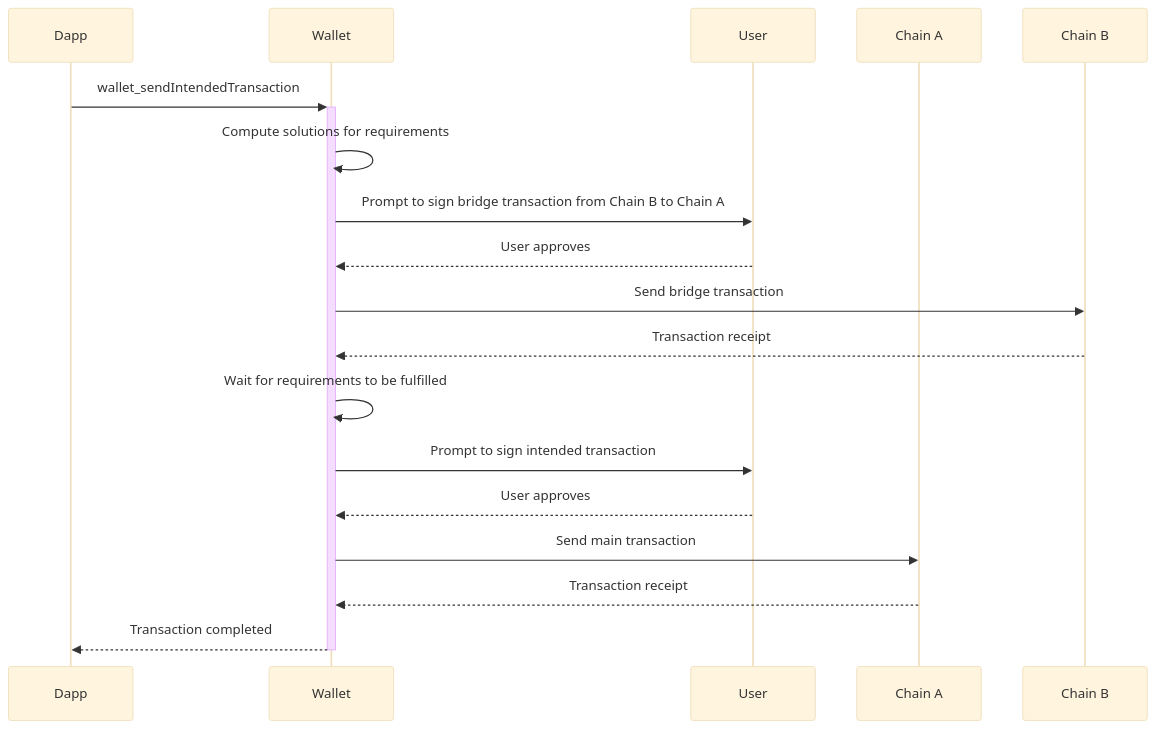
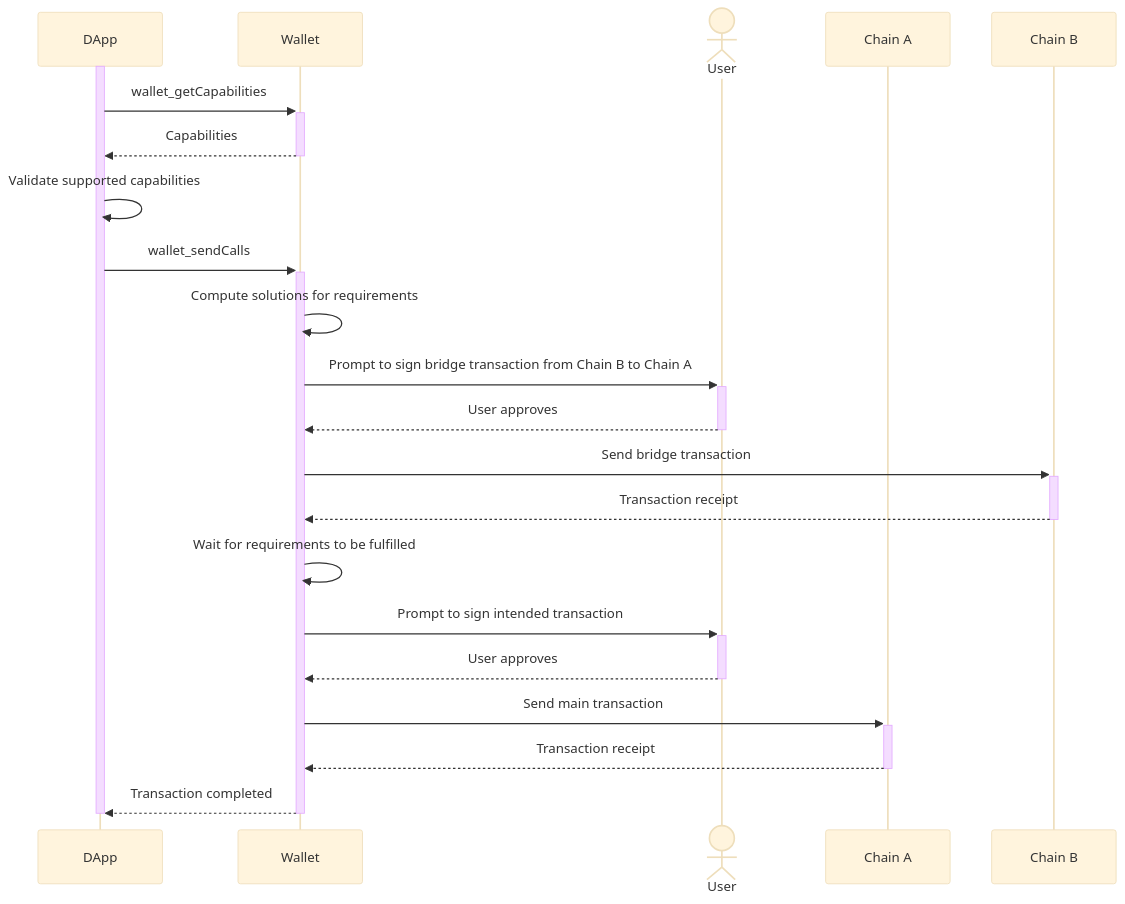
Before and after one commit to ethereum/ERCs: the first of 2 diagrams in ERCS/erc-7795.md, drawn with Mermaid (base theme). The commit also changed other lines of this file, not shown here.

````diff
--- a/ERCS/erc-7795.md
+++ b/ERCS/erc-7795.md
@@ -504,20 +513,25 @@
 ```mermaid
 sequenceDiagram
-    participant D as Dapp
+    participant D as DApp
     participant W as Wallet
-    participant U as User
+    actor U as User
     participant CA as Chain A
     participant CB as Chain B
-    D->>+W: wallet_sendIntendedTransaction
+    activate D
+    D->>+W: wallet_getCapabilities
+    W-->>-D: Capabilities
+    D->>D: Validate supported capabilities
+    D->>+W: wallet_sendCalls
     W->>W: Compute solutions for requirements
-    W->>U: Prompt to sign bridge transaction from Chain B to Chain A
-    U-->>W: User approves
-    W->>CB: Send bridge transaction
-    CB-->>W: Transaction receipt
+    W->>+U: Prompt to sign bridge transaction from Chain B to Chain A
+    U-->>-W: User approves
+    W->>+CB: Send bridge transaction
+    CB-->>-W: Transaction receipt
     W->>W: Wait for requirements to be fulfilled
-    W->>U: Prompt to sign intended transaction
-    U-->>W: User approves
-    W->>CA: Send main transaction
-    CA-->>W: Transaction receipt
+    W->>+U: Prompt to sign intended transaction
+    U-->>-W: User approves
+    W->>+CA: Send main transaction
+    CA-->>-W: Transaction receipt
     W-->>-D: Transaction completed
+    deactivate D
 ```
````
